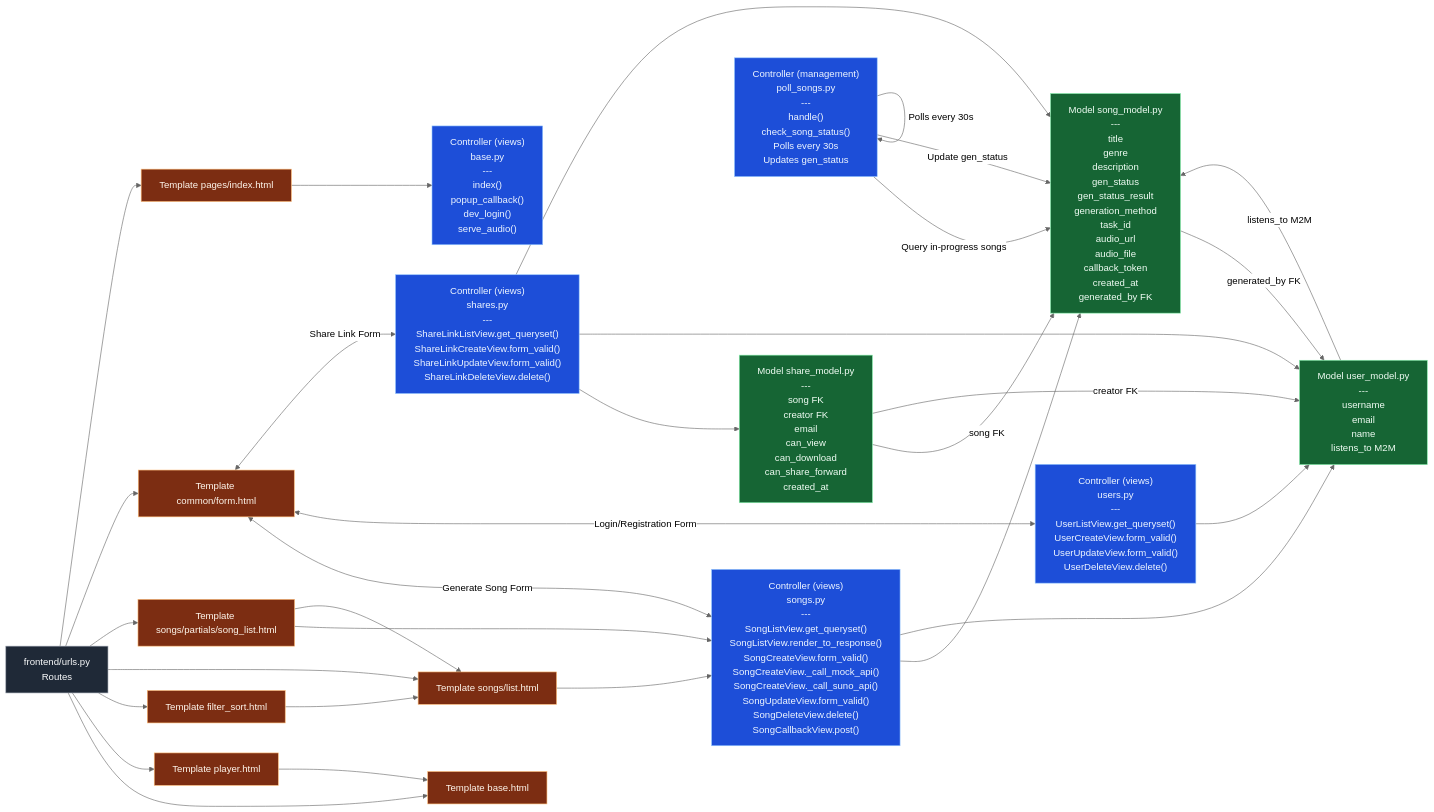
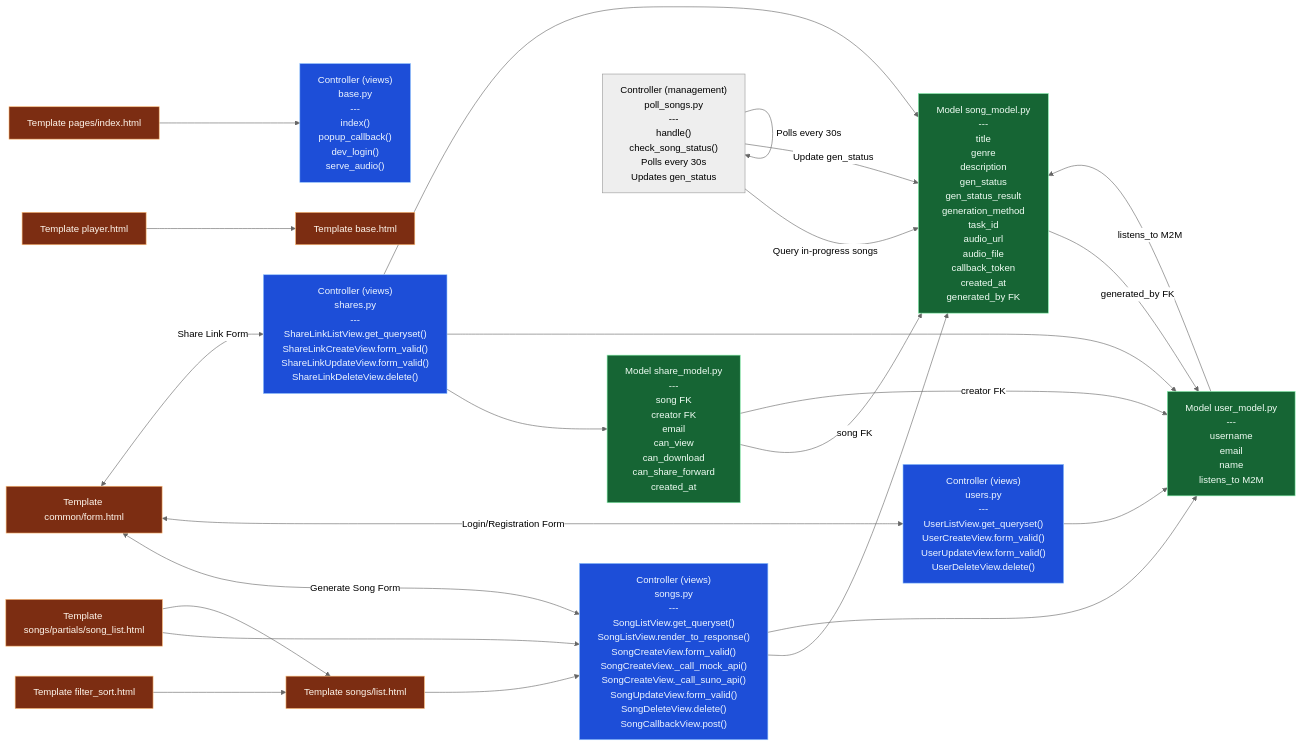
The diagram in README.md (taamtera/musicprojectdjango), drawn with Mermaid (neutral theme) before and after one commit.

Commit message:
10th rev

````diff
--- a/README.md
+++ b/README.md
@@ -76,76 +76,64 @@
 ```mermaid
 flowchart LR
-   %% Route Layer
-   U["frontend/urls.py<br/>Routes"]
 
    %% View/Controller Layer
    VB["Controller (views)<br/>base.py<br/>---<br/>index()<br/>popup_callback()<br/>dev_login()<br/>serve_audio()"]
    VS["Controller (views)<br/>songs.py<br/>---<br/>SongListView.get_queryset()<br/>SongListView.render_to_response()<br/>SongCreateView.form_valid()<br/>SongCreateView._call_mock_api()<br/>SongCreateView._call_suno_api()<br/>SongUpdateView.form_valid()<br/>SongDeleteView.delete()<br/>SongCallbackView.post()"]
    VU["Controller (views)<br/>users.py<br/>---<br/>UserListView.get_queryset()<br/>UserCreateView.form_valid()<br/>UserUpdateView.form_valid()<br/>UserDeleteView.delete()"]
    VSH["Controller (views)<br/>shares.py<br/>---<br/>ShareLinkListView.get_queryset()<br/>ShareLinkCreateView.form_valid()<br/>ShareLinkUpdateView.form_valid()<br/>ShareLinkDeleteView.delete()"]
    VP["Controller (management)<br/>poll_songs.py<br/>---<br/>handle()<br/>check_song_status()<br/>Polls every 30s<br/>Updates gen_status"]
 
    %% Model Layer
    MU["Model user_model.py<br/>---<br/>username<br/>email<br/>name<br/>listens_to M2M"]
    MS["Model song_model.py<br/>---<br/>title<br/>genre<br/>description<br/>gen_status<br/>gen_status_result<br/>generation_method<br/>task_id<br/>audio_url<br/>audio_file<br/>callback_token<br/>created_at<br/>generated_by FK"]
    MSL["Model share_model.py<br/>---<br/>song FK<br/>creator FK<br/>email<br/>can_view<br/>can_download<br/>can_share_forward<br/>created_at"]
 
    %% Template Layer
    TB["Template base.html"]
    TP["Template player.html"]
    TF["Template filter_sort.html"]
    TL["Template songs/list.html"]
    TLP["Template songs/partials/song_list.html"]
    TFORM["Template common/form.html"]
    TINDEX["Template pages/index.html"]
-
-   %% Route to templates
-   U --> TB
-   U --> TP
-   U --> TF
-   U --> TL
-   U --> TLP
-   U --> TFORM
-   U --> TINDEX
 
    %% View to models
    VS --> MS
    VS --> MU
    VU --> MU
    VSH --> MSL
    VSH --> MU
    VSH --> MS
    VP -->|Query in-progress songs| MS
    VP -->|Update gen_status| MS
    VP -->|Polls every 30s| VP
 
    %% Model relations
    MU -->|listens_to M2M| MS
    MS -->|generated_by FK| MU
    MSL -->|song FK| MS
    MSL -->|creator FK| MU
 
    %% Template to views
    TINDEX --> VB 
    TL --> VS 
    TLP --> VS 
    TFORM <--> |Generate Song Form| VS 
    TFORM <--> |Login/Registration Form| VU 
    TFORM <--> |Share Link Form| VSH 
 
    %% Template composition
    TF --> TL
    TLP --> TL
    TP --> TB
 
    %% Color coding: M / V / T (+ routes)
    classDef route fill:#1f2937,stroke:#9ca3af,color:#f9fafb,stroke-width:1px;
    classDef view fill:#1d4ed8,stroke:#93c5fd,color:#eff6ff,stroke-width:1px;
    classDef model fill:#166534,stroke:#86efac,color:#f0fdf4,stroke-width:1px;
    classDef template fill:#7c2d12,stroke:#fdba74,color:#fff7ed,stroke-width:1px;
 
-   class U route;
-   class VB,VS,VU,VSH,VP view;
+   class VB,VS,VU,VSH view;
    class MU,MS,MSL model;
    class TB,TP,TF,TL,TLP,TFORM,TINDEX template;
 ```
````
